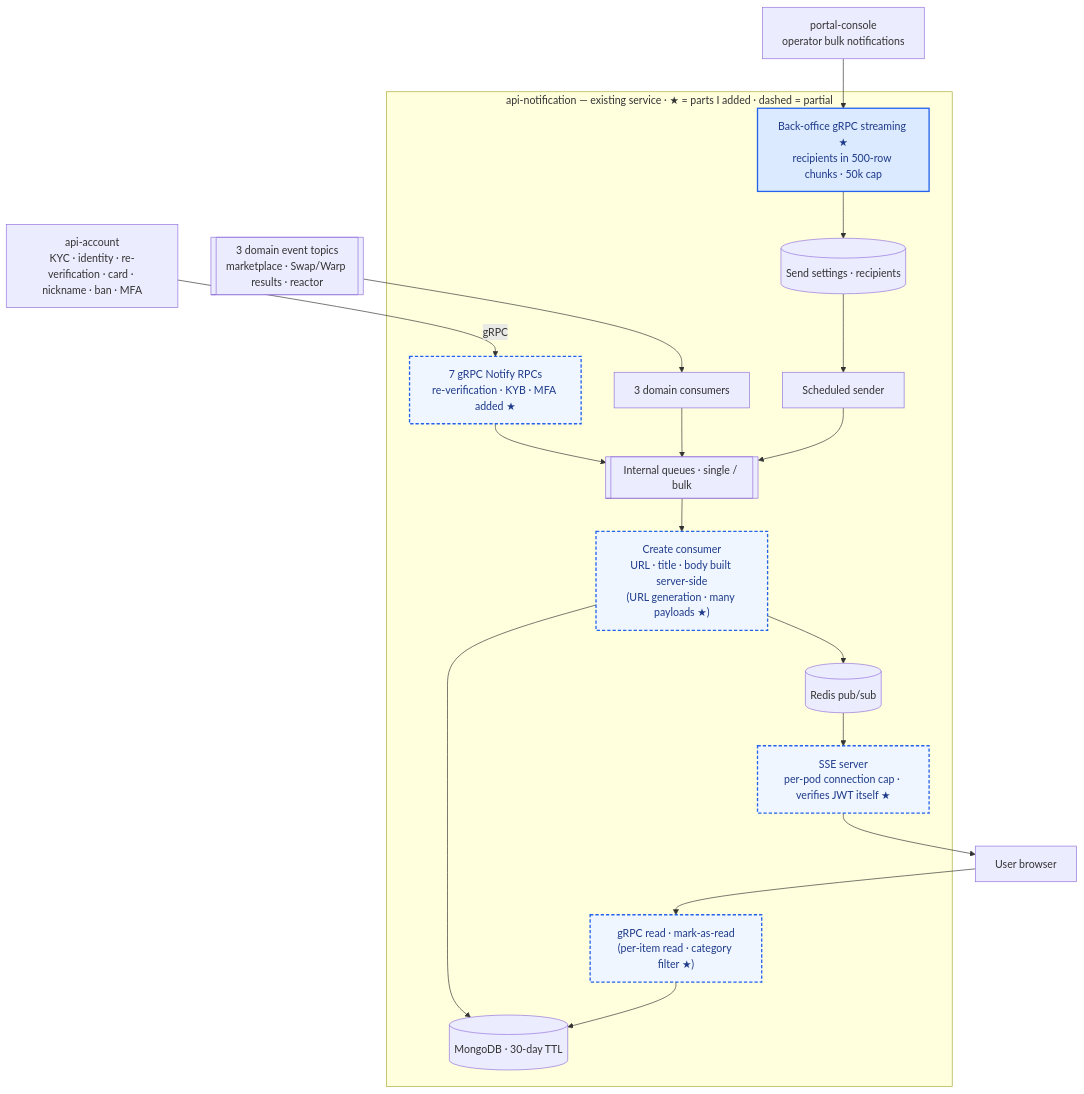
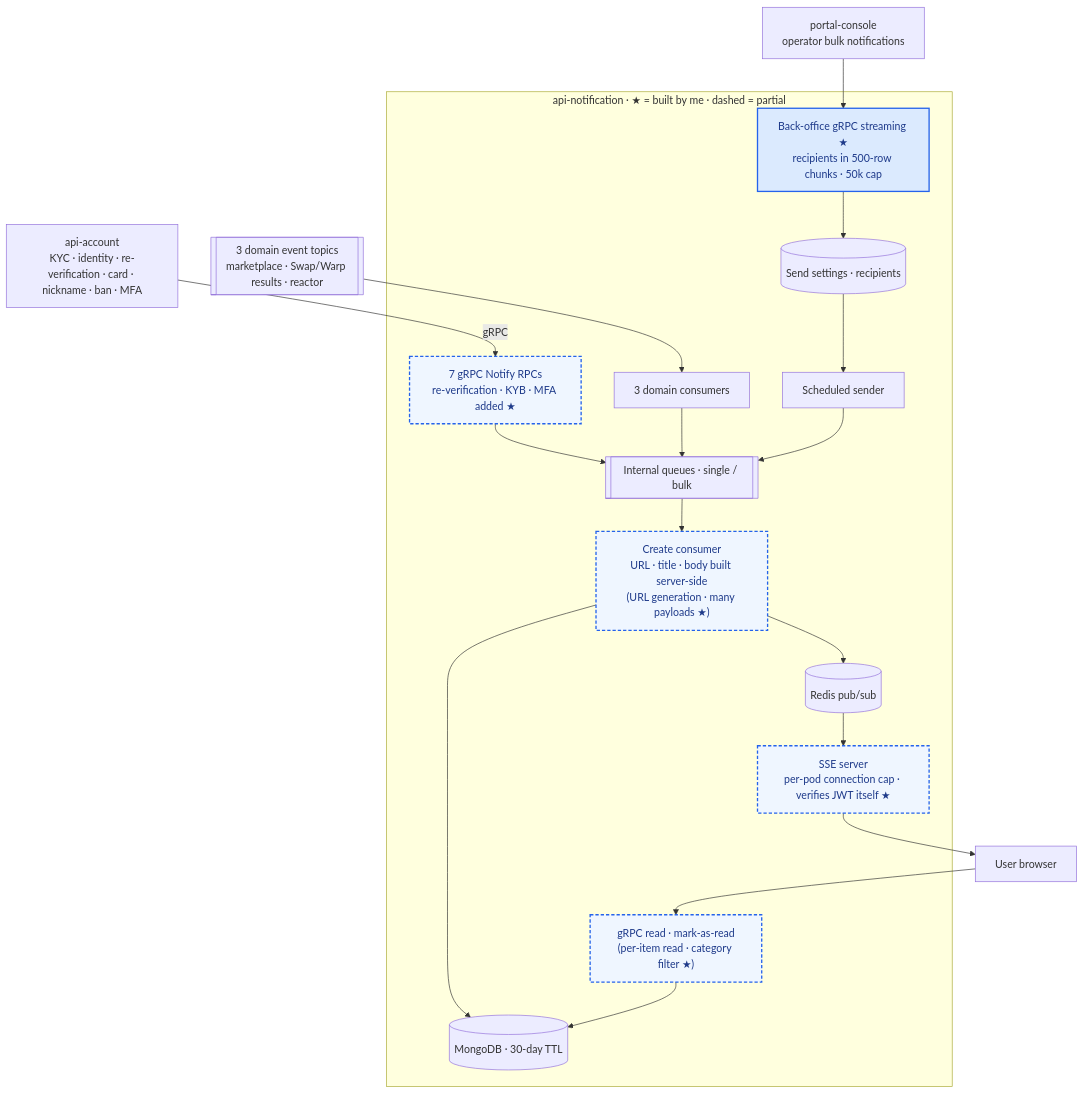
One commit to shalwxy/career changed the diagram in content/diagrams/notification.en.mmd. Above: the diagram before and after it, drawn with Mermaid. The commit also changed 15 other files, not shown here.

```diff
--- a/content/diagrams/notification.en.mmd
+++ b/content/diagrams/notification.en.mmd
@@ -1,29 +1,29 @@
 %% title: Unified notifications — SSE and bulk-recipient streaming
 flowchart TB
     AC[api-account<br/>KYC · identity · re-verification · card · nickname · ban · MFA]
     K[[3 domain event topics<br/>marketplace · Swap/Warp results · reactor]]
     CON[portal-console<br/>operator bulk notifications]
-    subgraph NT["api-notification — existing service · ★ = parts I added · dashed = partial"]
+    subgraph NT["api-notification · ★ = built by me · dashed = partial"]
         G1["7 gRPC Notify RPCs<br/>re-verification · KYB · MFA added ★"]
         C[3 domain consumers]
         Q[[Internal queues · single / bulk]]
         CR["Create consumer<br/>URL · title · body built server-side<br/>(URL generation · many payloads ★)"]
         DB[(MongoDB · 30-day TTL)]
         PS[(Redis pub/sub)]
         SSE["SSE server<br/>per-pod connection cap · verifies JWT itself ★"]
         G["gRPC read · mark-as-read<br/>(per-item read · category filter ★)"]
         ST["Back-office gRPC streaming ★<br/>recipients in 500-row chunks · 50k cap"]
         SCH[Scheduled sender]
         RDB[(Send settings · recipients)]
     end
     U[User browser]
     AC -- gRPC --> G1 --> Q
     K --> C --> Q
     Q --> CR --> DB
     CR --> PS --> SSE --> U
     U --> G --> DB
     CON --> ST --> RDB --> SCH --> Q
     classDef mine fill:#dbeafe,stroke:#2563eb,stroke-width:2px,color:#1e3a8a
     classDef part fill:#eff6ff,stroke:#2563eb,stroke-width:2px,stroke-dasharray:5 3,color:#1e3a8a
     class ST mine
     class G1,CR,SSE,G part
```
